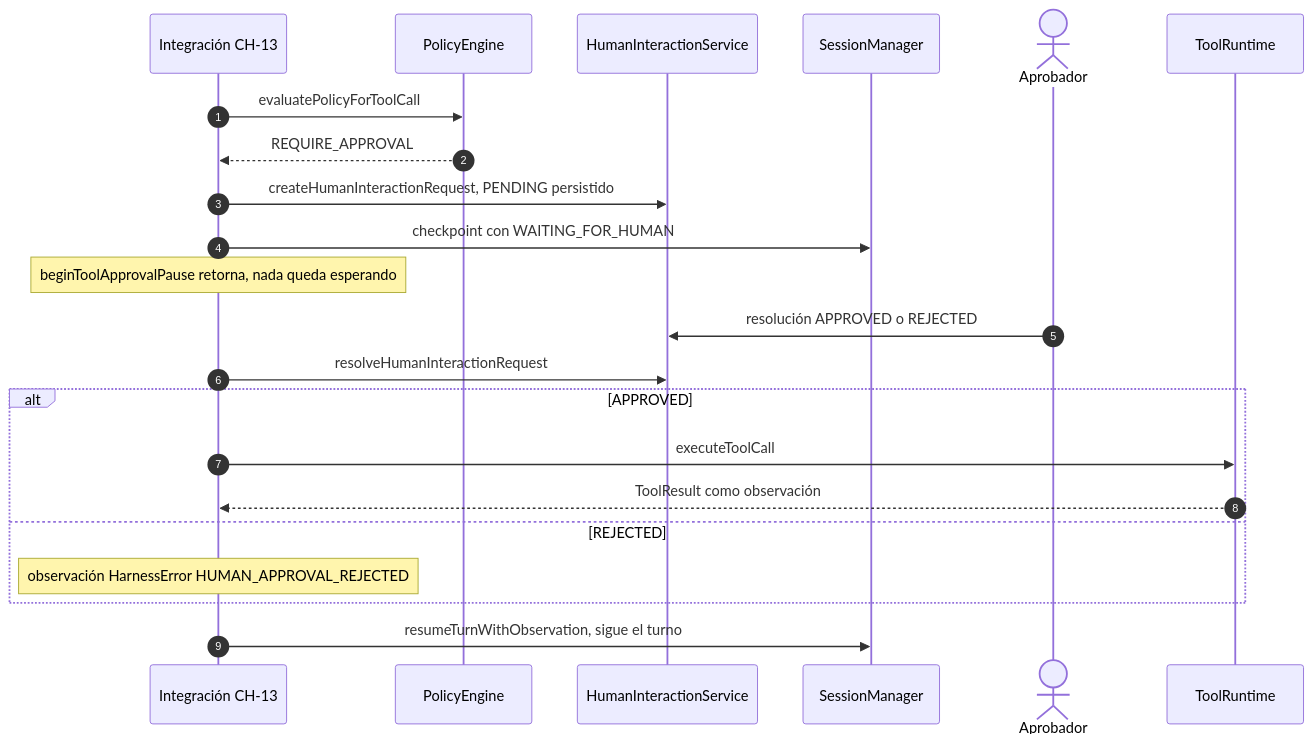
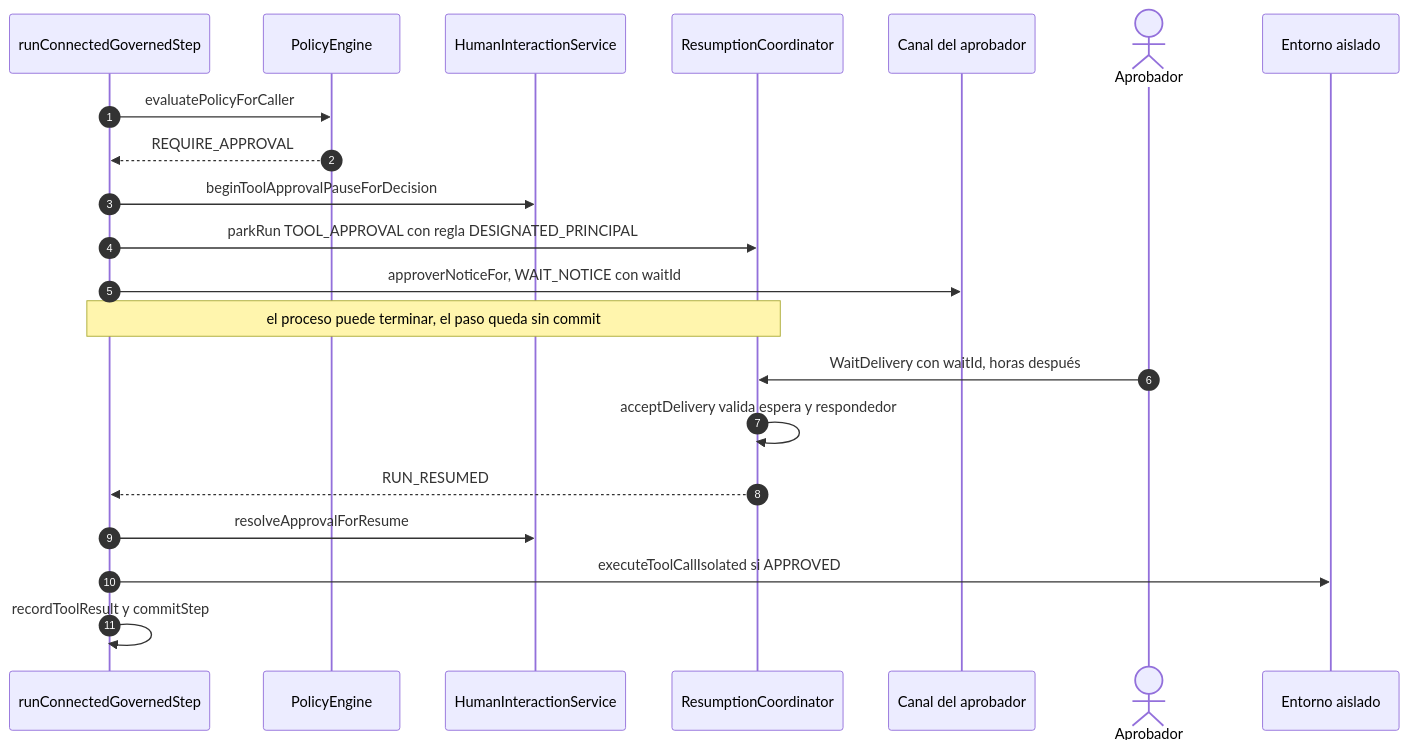
One commit to aaramirez/arnes-ai changed the second of 10 diagrams in docs/diagramas/book-harness/BH-10-Flujos-Empresariales.md. Above: the diagram before and after it, drawn with Mermaid. The commit also changed other lines of this file and 52 other files, not shown here.

````diff
--- a/docs/diagramas/book-harness/BH-10-Flujos-Empresariales.md
+++ b/docs/diagramas/book-harness/BH-10-Flujos-Empresariales.md
@@ -96,25 +105,24 @@
 ```mermaid
 sequenceDiagram
   autonumber
-  participant F as Integración CH-13
+  participant F as runConnectedGovernedStep
   participant PE as PolicyEngine
   participant HIS as HumanInteractionService
-  participant SM as SessionManager
+  participant RC as ResumptionCoordinator
+  participant CH as Canal del aprobador
   actor H as Aprobador
-  participant TR as ToolRuntime
+  participant IEE as Entorno aislado
 
-  F->>PE: evaluatePolicyForToolCall
+  F->>PE: evaluatePolicyForCaller
   PE-->>F: REQUIRE_APPROVAL
-  F->>HIS: createHumanInteractionRequest, PENDING persistido
-  F->>SM: checkpoint con WAITING_FOR_HUMAN
-  Note over F: beginToolApprovalPause retorna, nada queda esperando
-  H->>HIS: resolución APPROVED o REJECTED
-  F->>HIS: resolveHumanInteractionRequest
-  alt APPROVED
-    F->>TR: executeToolCall
-    TR-->>F: ToolResult como observación
-  else REJECTED
-    Note over F: observación HarnessError HUMAN_APPROVAL_REJECTED
-  end
-  F->>SM: resumeTurnWithObservation, sigue el turno
+  F->>HIS: beginToolApprovalPauseForDecision
+  F->>RC: parkRun TOOL_APPROVAL con regla DESIGNATED_PRINCIPAL
+  F->>CH: approverNoticeFor, WAIT_NOTICE con waitId
+  Note over F,RC: el proceso puede terminar, el paso queda sin commit
+  H->>RC: WaitDelivery con waitId, horas después
+  RC->>RC: acceptDelivery valida espera y respondedor
+  RC-->>F: RUN_RESUMED
+  F->>HIS: resolveApprovalForResume
+  F->>IEE: executeToolCallIsolated si APPROVED
+  F->>F: recordToolResult y commitStep
 ```
````
